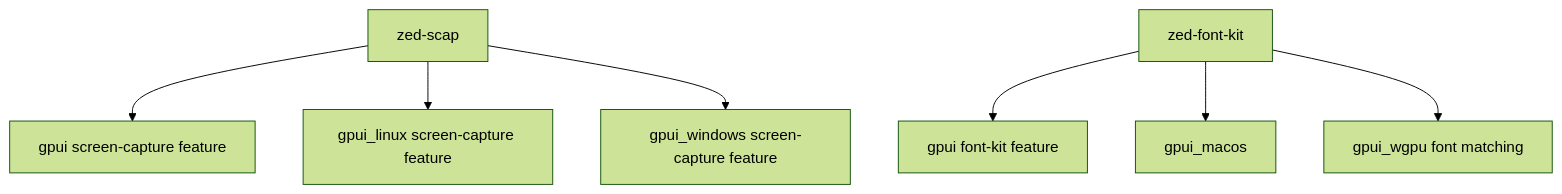
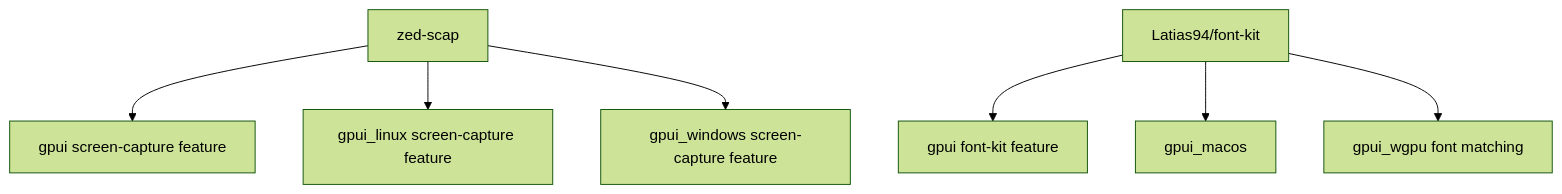
Before and after one commit to Latias94/open-gpui: the diagram in docs/imports/zed-fork-dependency-audit.md, drawn with Mermaid (forest theme). The commit also changed other lines of this file and 7 other files, not shown here.

Commit message:
fix: use open gpui font-kit fork

````diff
--- a/docs/imports/zed-fork-dependency-audit.md
+++ b/docs/imports/zed-fork-dependency-audit.md
@@ -21,9 +20,9 @@
 ```mermaid
 flowchart TD
     Scap[zed-scap] --> Gpui[gpui screen-capture feature]
     Scap --> GpuiLinux[gpui_linux screen-capture feature]
     Scap --> GpuiWindows[gpui_windows screen-capture feature]
-    FontKit[zed-font-kit] --> GpuiFont[gpui font-kit feature]
+    FontKit[Latias94/font-kit] --> GpuiFont[gpui font-kit feature]
     FontKit --> GpuiMacos[gpui_macos]
     FontKit --> GpuiWgpu[gpui_wgpu font matching]
 ```
````
